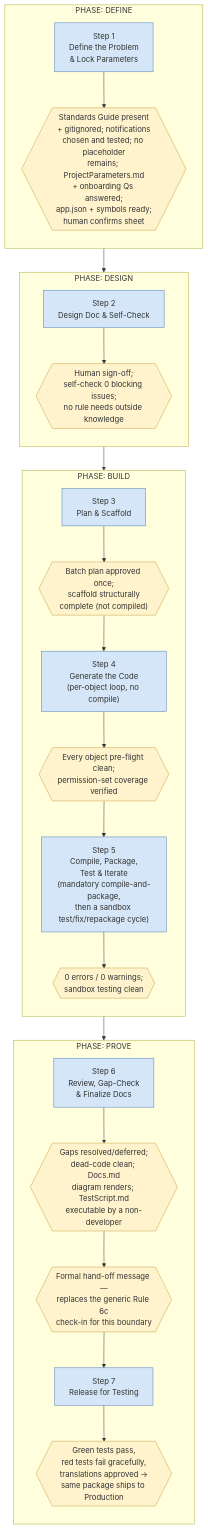
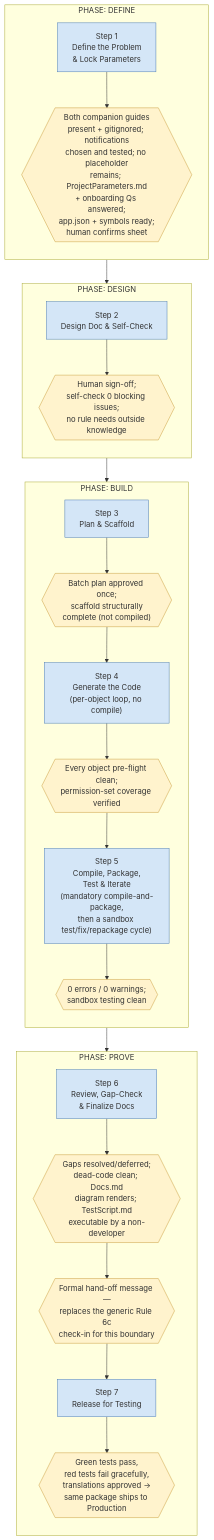
The second of 7 diagrams in liteVersion/LITE_RunbookSchematics.md (ajansari/ocpfBcAgenticDevFramework), drawn with Mermaid before and after one commit. The commit also changed other lines of this file and 20 other files, not shown here.

First line of the commit message:
Runbooks v3.0.0.0 / Lite v2.0.0.0, Ops Guide v1.0.0.0, Standards v1.8.0.0, ocpf-bc 2.0.0

````diff
--- a/liteVersion/LITE_RunbookSchematics.md
+++ b/liteVersion/LITE_RunbookSchematics.md
@@ -71,38 +71,38 @@
 ```mermaid
 flowchart TD
     subgraph DEFINE["PHASE: DEFINE"]
         direction TB
-        S1["Step 1<br/>Define the Problem<br/>& Lock Parameters"] --> G_S1{{"Standards Guide present<br/>+ gitignored; notifications<br/>chosen and tested; no placeholder<br/>remains; ProjectParameters.md<br/>+ onboarding Qs answered;<br/>app.json + symbols ready;<br/>human confirms sheet"}}
+        S1["Step 1<br/>Define the Problem<br/>& Lock Parameters"] --> G_S1{{"Both companion guides<br/>present + gitignored; notifications<br/>chosen and tested; no placeholder<br/>remains; ProjectParameters.md<br/>+ onboarding Qs answered;<br/>app.json + symbols ready;<br/>human confirms sheet"}}
     end
 
     subgraph DESIGN["PHASE: DESIGN"]
         direction TB
         S2["Step 2<br/>Design Doc & Self-Check"] --> G_S2{{"Human sign-off;<br/>self-check 0 blocking issues;<br/>no rule needs outside knowledge"}}
     end
 
     subgraph BUILD["PHASE: BUILD"]
         direction TB
         S3["Step 3<br/>Plan & Scaffold"] --> G_S3{{"Batch plan approved once;<br/>scaffold structurally<br/>complete (not compiled)"}}
         G_S3 --> S4["Step 4<br/>Generate the Code<br/>(per-object loop, no compile)"]
         S4 --> G_S4{{"Every object pre-flight clean;<br/>permission-set coverage verified"}}
         G_S4 --> S5["Step 5<br/>Compile, Package,<br/>Test & Iterate<br/>(mandatory compile-and-package,<br/>then a sandbox test/fix/repackage cycle)"]
         S5 --> G_S5{{"0 errors / 0 warnings;<br/>sandbox testing clean"}}
     end
 
     subgraph PROVE["PHASE: PROVE"]
         direction TB
         S6["Step 6<br/>Review, Gap-Check<br/>& Finalize Docs"] --> G_S6{{"Gaps resolved/deferred;<br/>dead-code clean; Docs.md<br/>diagram renders; TestScript.md<br/>executable by a non-developer"}}
         G_S6 --> HandOff{{"Formal hand-off message —<br/>replaces the generic Rule 6c<br/>check-in for this boundary"}}
         HandOff --> S7["Step 7<br/>Release for Testing"]
         S7 --> G_S7{{"Green tests pass,<br/>red tests fail gracefully,<br/>translations approved →<br/>same package ships to Production"}}
     end
 
     G_S1 --> S2
     G_S2 --> S3
     G_S5 --> S6
 
     classDef step fill:#d4e6f7,stroke:#4a7ab5,stroke-width:1px;
     classDef gate fill:#fff3cd,stroke:#c99a3a,stroke-width:1px;
     class S1,S2,S3,S4,S5,S6,S7 step;
     class G_S1,G_S2,G_S3,G_S4,G_S5,G_S6,G_S7,HandOff gate;
 ```
````
